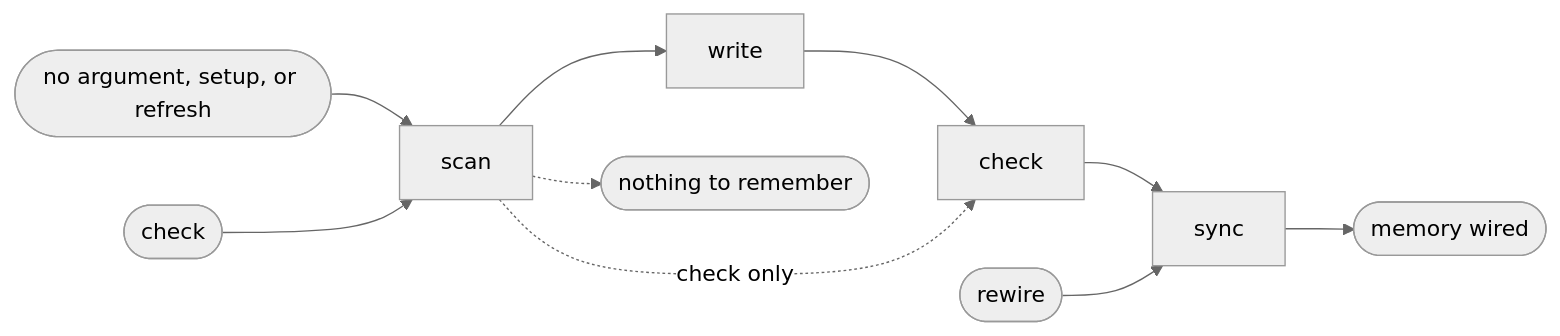
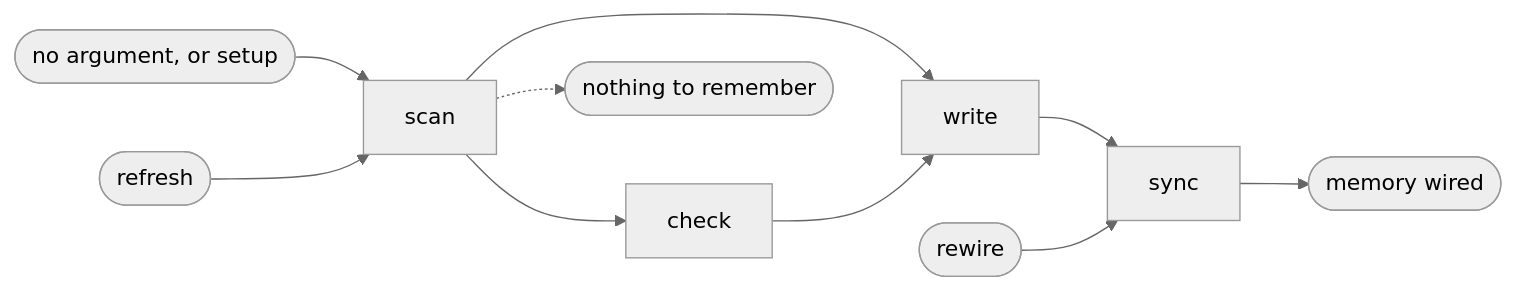
Before and after one commit to ai-driven-dev/aidd-framework: the diagram in plugins/aidd-context/skills/02-project-memory/SKILL.md, drawn with Mermaid (neutral theme). The commit also changed other lines of this file and 7 other files, not shown here.

````diff
--- a/plugins/aidd-context/skills/02-project-memory/SKILL.md
+++ b/plugins/aidd-context/skills/02-project-memory/SKILL.md
@@ -9,8 +9,7 @@
 ```mermaid
 flowchart LR
-  build([no argument, setup, or refresh]) --> scan --> write --> check --> sync --> wired([memory wired])
-  audit([check]) --> scan
-  scan -. "check only" .-> check
+  new([no argument, or setup]) --> scan --> write --> sync --> wired([memory wired])
+  update([refresh]) --> scan --> check --> write
   rewire([rewire]) --> sync
   scan -.-> empty([nothing to remember])
 ```
````
